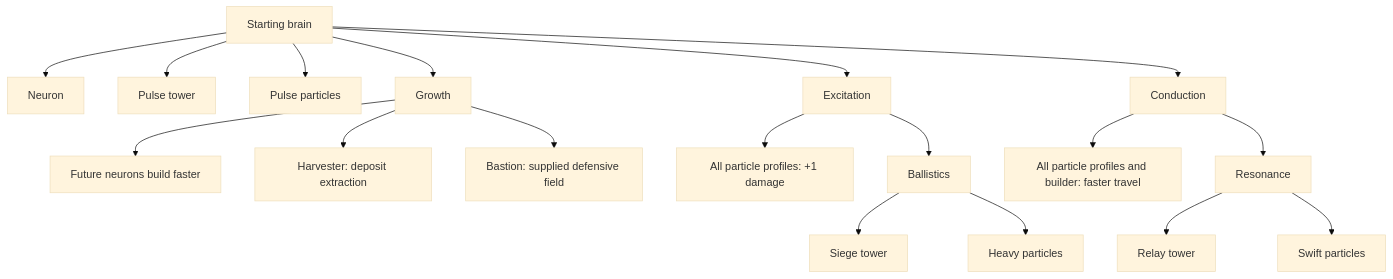
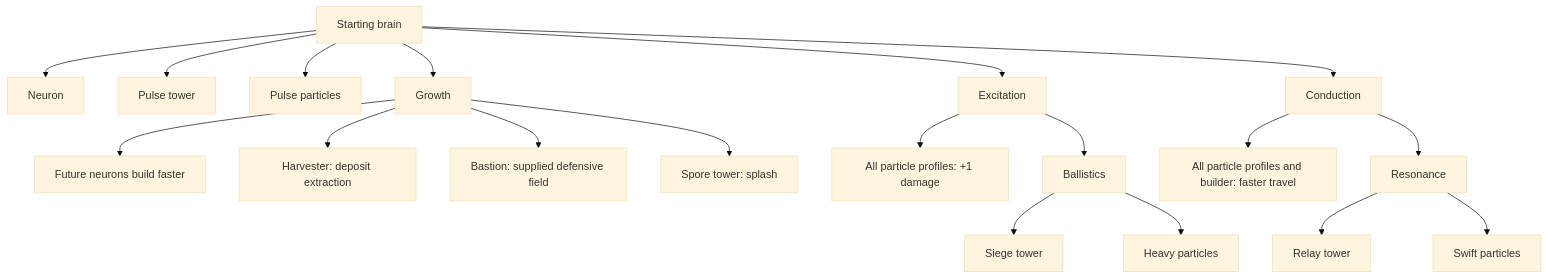
One commit to andeplane/fuse-riders changed the diagram in docs/neural-defence/TECH_TREE.md. Above: the diagram before and after it, drawn with Mermaid (base theme). The commit also changed other lines of this file and 12 other files, not shown here.

````diff
--- a/docs/neural-defence/TECH_TREE.md
+++ b/docs/neural-defence/TECH_TREE.md
@@ -13,21 +13,22 @@
 ```mermaid
 flowchart TD
     Start[Starting brain]
     Start --> Neuron[Neuron]
     Start --> Tower[Pulse tower]
     Start --> Pulse[Pulse particles]
     Start --> Growth[Growth]
     Start --> Excitation[Excitation]
     Start --> Conduction[Conduction]
     Growth --> Fast[Future neurons build faster]
     Growth --> Harvester[Harvester: deposit extraction]
     Growth --> Bastion[Bastion: supplied defensive field]
+    Growth --> Spore[Spore tower: splash]
     Excitation --> Damage[All particle profiles: +1 damage]
     Excitation --> Ballistics[Ballistics]
     Ballistics --> Siege[Siege tower]
     Ballistics --> Heavy[Heavy particles]
     Conduction --> Speed[All particle profiles and builder: faster travel]
     Conduction --> Resonance[Resonance]
     Resonance --> Relay[Relay tower]
     Resonance --> Swift[Swift particles]
 ```
````
